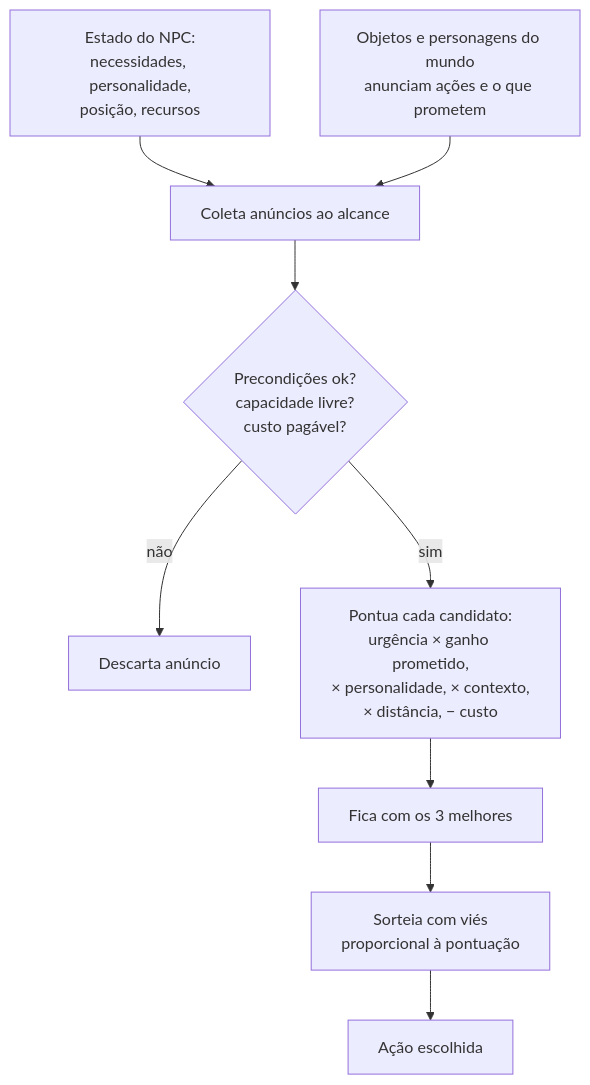
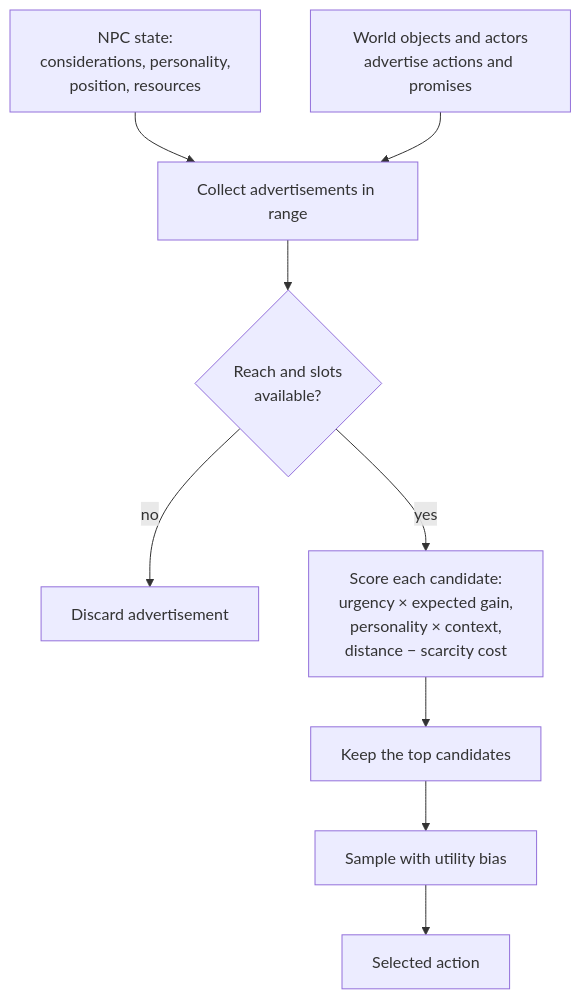
Before and after one commit to Otoru/geppetto: the first of 2 diagrams in README.md, drawn with Mermaid. The commit also changed other lines of this file and 33 other files, not shown here.

````diff
--- a/README.md
+++ b/README.md
@@ -21,11 +20,11 @@
 ```mermaid
 flowchart TD
-    A[Estado do NPC:<br/>necessidades, personalidade,<br/>posição, recursos] --> B[Coleta anúncios ao alcance]
-    W[Objetos e personagens do mundo<br/>anunciam ações e o que prometem] --> B
-    B --> C{Precondições ok?<br/>capacidade livre?<br/>custo pagável?}
-    C -- não --> D[Descarta anúncio]
-    C -- sim --> E[Pontua cada candidato:<br/>urgência × ganho prometido,<br/>× personalidade, × contexto,<br/>× distância, − custo]
-    E --> F[Fica com os 3 melhores]
-    F --> G[Sorteia com viés<br/>proporcional à pontuação]
-    G --> H[Ação escolhida]
+    A[NPC state:<br/>considerations, personality,<br/>position, resources] --> B[Collect advertisements in range]
+    W[World objects and actors<br/>advertise actions and promises] --> B
+    B --> C{Reach and slots<br/>available?}
+    C -- no --> D[Discard advertisement]
+    C -- yes --> E[Score each candidate:<br/>urgency × expected gain,<br/>personality × context,<br/>distance − scarcity cost]
+    E --> F[Keep the top candidates]
+    F --> G[Sample with utility bias]
+    G --> H[Selected action]
 ```
````
